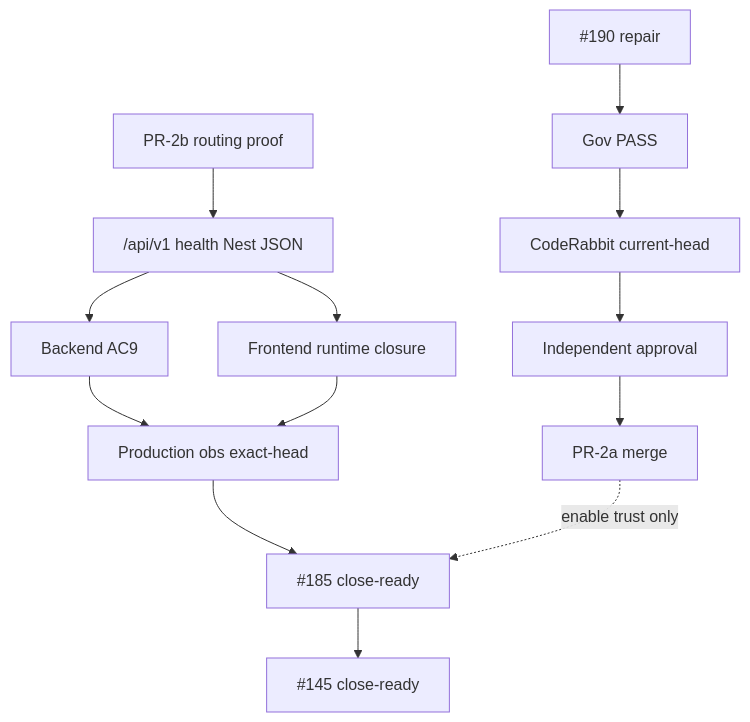
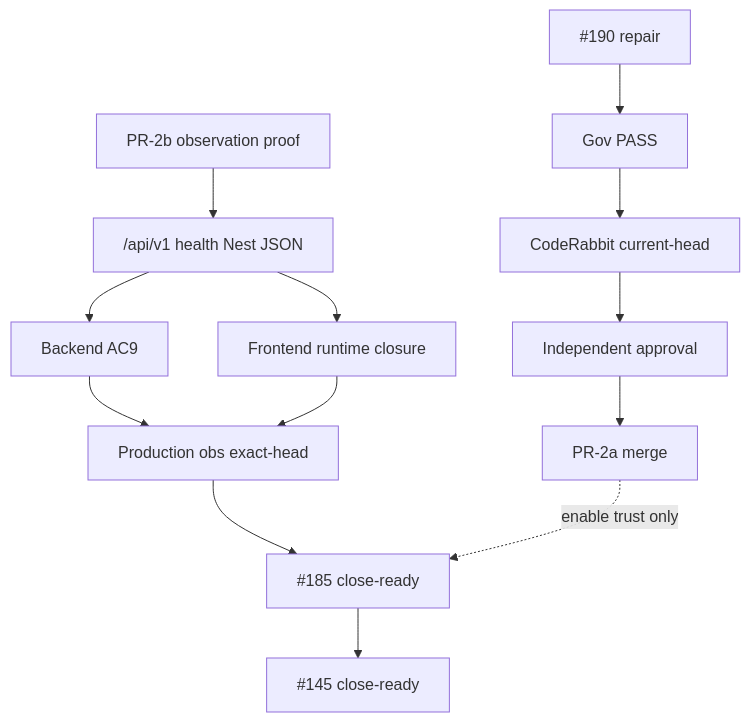
Before and after one commit to sisbas/OkulYonetimSaaS: the diagram in docs/rag/190-evidence-ledger.md, drawn with Mermaid. The commit also changed other lines of this file and 3 other files, not shown here.

````diff
--- a/docs/rag/190-evidence-ledger.md
+++ b/docs/rag/190-evidence-ledger.md
@@ -71,15 +72,15 @@
 ```mermaid
 flowchart TD
   C1["#190 repair"] --> C2["Gov PASS"]
   C2 --> C3["CodeRabbit current-head"]
   C3 --> C4["Independent approval"]
   C4 --> C5["PR-2a merge"]
-  C6["PR-2b routing proof"] --> C7["/api/v1 health Nest JSON"]
+  C6["PR-2b observation proof"] --> C7["/api/v1 health Nest JSON"]
   C7 --> C8["Backend AC9"]
   C7 --> C9["Frontend runtime closure"]
   C8 --> C10["Production obs exact-head"]
   C9 --> C10
   C10 --> C11["#185 close-ready"]
   C11 --> C12["#145 close-ready"]
   C5 -.->|enable trust only| C11
 ```
````
